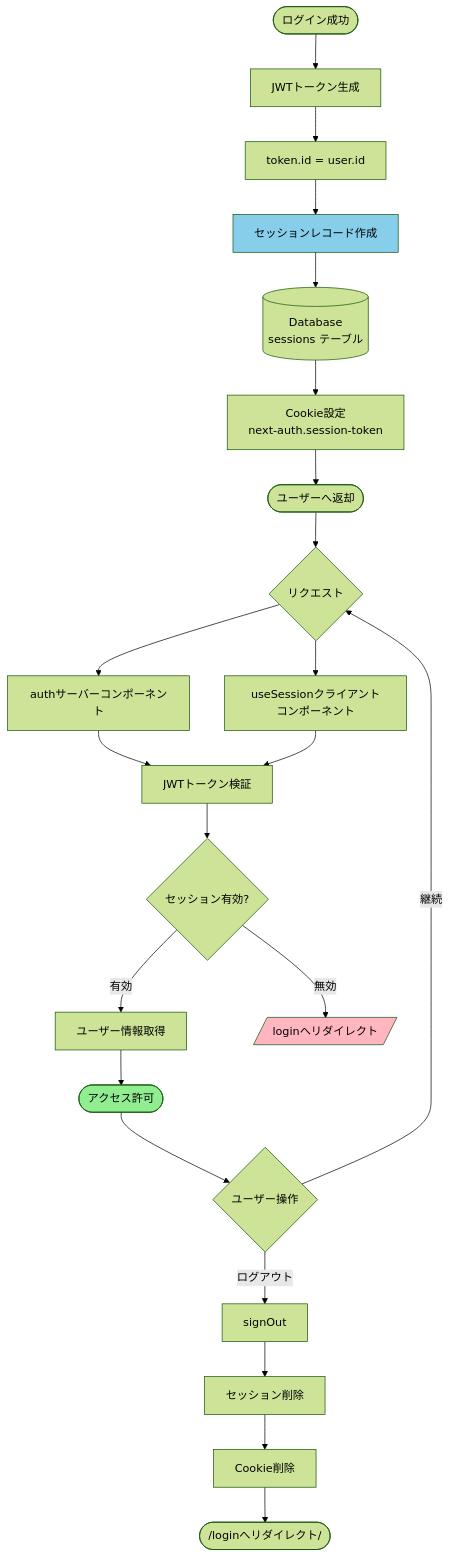
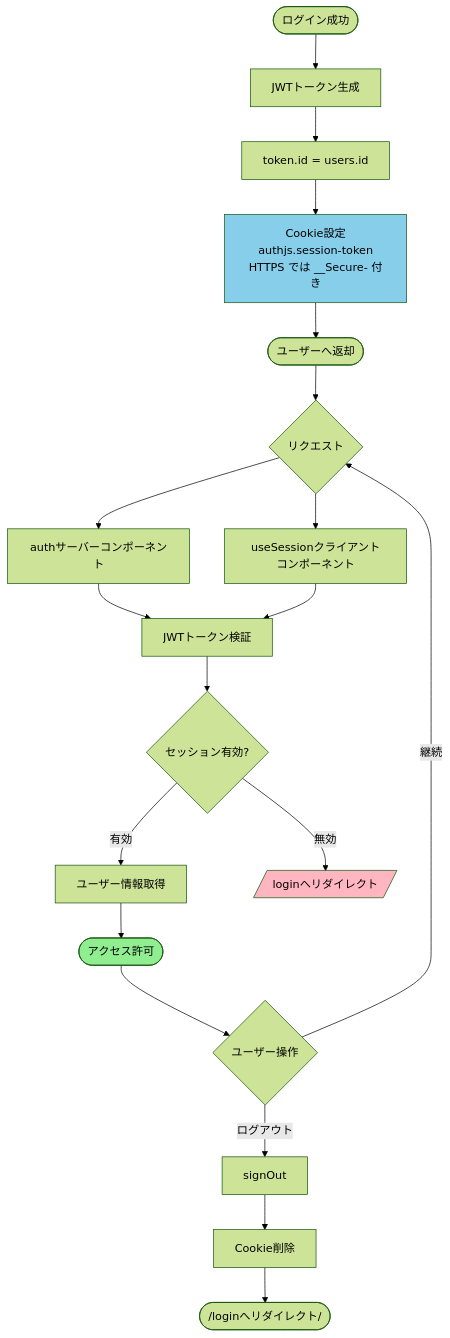
The ninth of 11 diagrams in docs/reference/authentication-diagrams.md (kazumadev619-dev/FishingConditionsApp), drawn with Mermaid (forest theme) before and after one commit. The commit also changed other lines of this file and 6 other files, not shown here.

````diff
--- a/docs/reference/authentication-diagrams.md
+++ b/docs/reference/authentication-diagrams.md
@@ -390,37 +391,33 @@
 ```mermaid
 flowchart TD
     Login([ログイン成功]) --> CreateJWT[JWTトークン生成]
-    CreateJWT --> AddUserID[token.id = user.id]
-    AddUserID --> CreateSession[セッションレコード作成]
-
-    CreateSession --> SessionDB[(Database<br/>sessions テーブル)]
-    SessionDB --> SetCookie[Cookie設定<br/>next-auth.session-token]
+    CreateJWT --> AddUserID[token.id = users.id]
+    AddUserID --> SetCookie[Cookie設定<br/>authjs.session-token<br/>HTTPS では __Secure- 付き]
 
     SetCookie --> User([ユーザーへ返却])
 
     User --> Request{リクエスト}
     Request --> AuthFunc[authサーバーコンポーネント]
     Request --> UseSession[useSessionクライアントコンポーネント]
 
     AuthFunc --> VerifyJWT[JWTトークン検証]
     UseSession --> VerifyJWT
 
     VerifyJWT --> CheckSession{セッション有効?}
     CheckSession -->|有効| GetUserInfo[ユーザー情報取得]
     CheckSession -->|無効| Redirect[/loginへリダイレクト/]
 
     GetUserInfo --> AccessGranted([アクセス許可])
 
     AccessGranted --> UserAction{ユーザー操作}
     UserAction -->|継続| Request
     UserAction -->|ログアウト| Logout[signOut]
 
-    Logout --> DeleteSession[セッション削除]
-    DeleteSession --> ClearCookie[Cookie削除]
+    Logout --> ClearCookie[Cookie削除]
     ClearCookie --> LoginPage([/loginへリダイレクト/])
 
-    style CreateSession fill:#87CEEB
+    style SetCookie fill:#87CEEB
     style AccessGranted fill:#90EE90
     style Redirect fill:#FFB6C1
 
 ```
````
